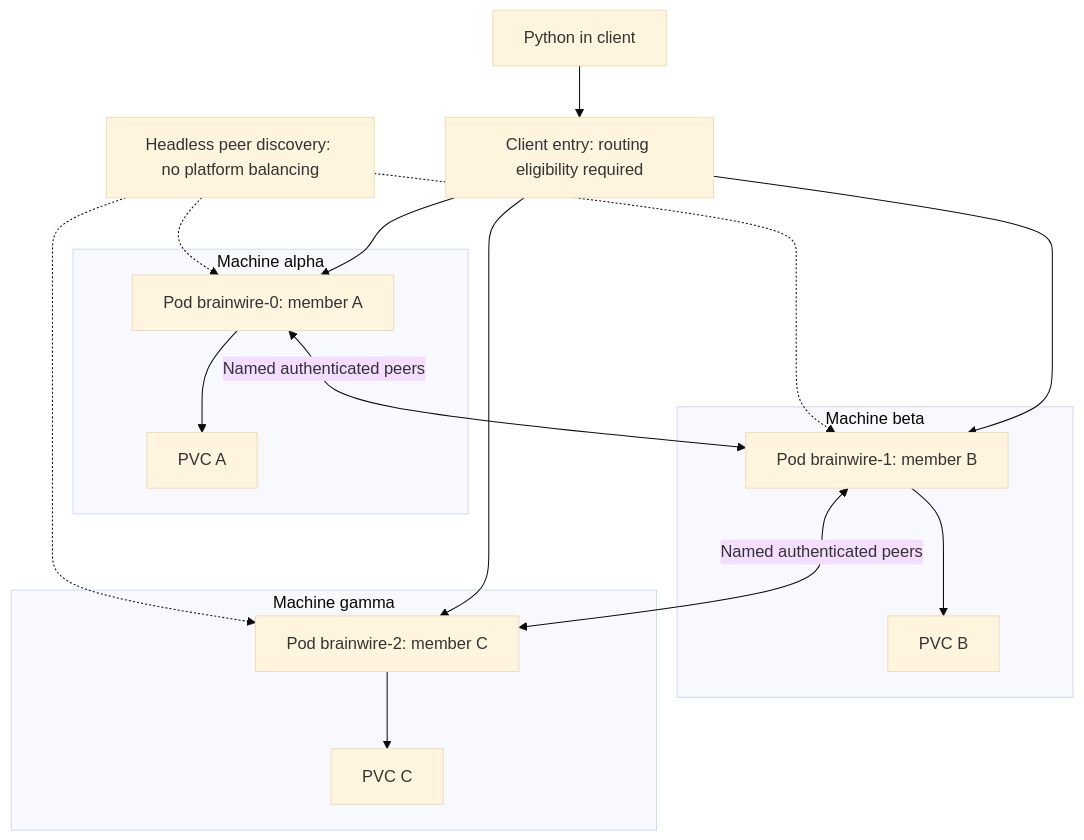
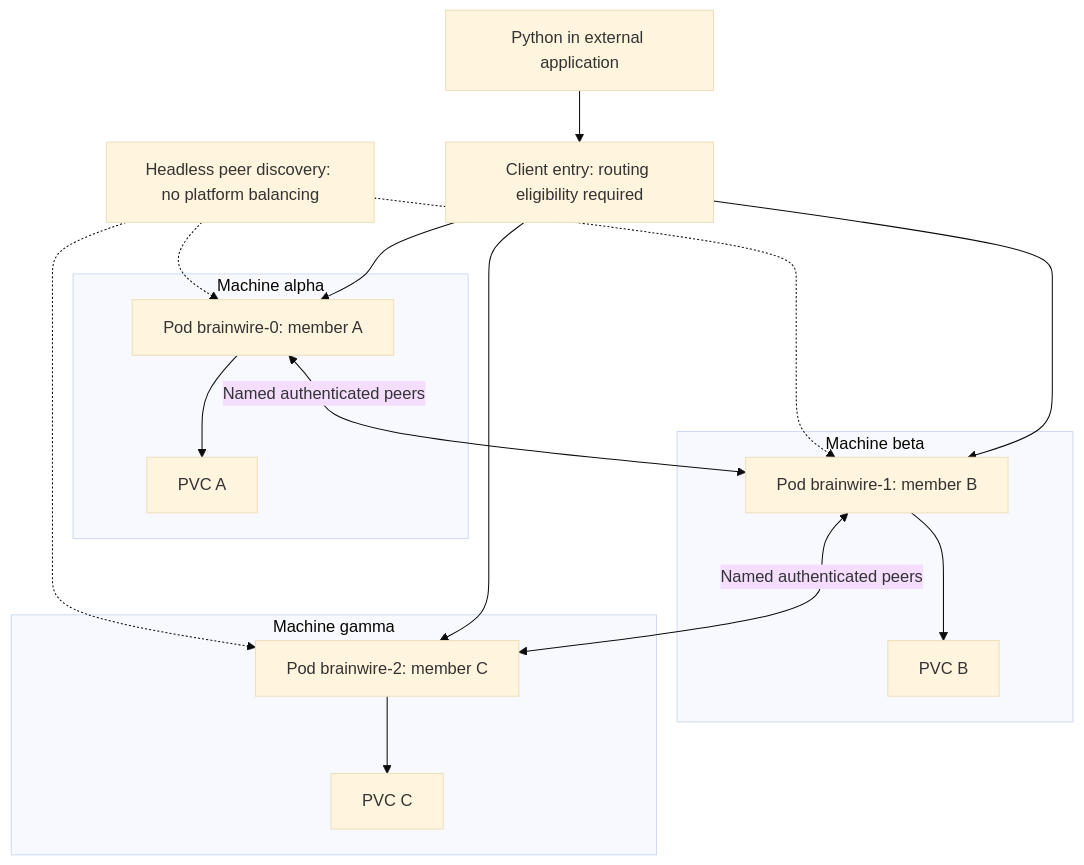
One commit to allandefraga/brainwire changed the second of 3 diagrams in docs/design/2026-10-12-distributed-deployment.md. Above: the diagram before and after it, drawn with Mermaid (base theme). The commit also changed 294 other files, not shown here.

````diff
--- a/docs/design/2026-10-12-distributed-deployment.md
+++ b/docs/design/2026-10-12-distributed-deployment.md
@@ -167,24 +167,24 @@
 ```mermaid
 flowchart TB
-    PY[Python in client] --> CS[Client entry: routing eligibility required]
+    PY[Python in external application] --> CS[Client entry: routing eligibility required]
     HD[Headless peer discovery: no platform balancing] -.-> PA
     HD -.-> PB
     HD -.-> PC
     CS --> PA
     CS --> PB
     CS --> PC
     subgraph HA[Machine alpha]
         PA[Pod brainwire-0: member A]
         PA --> PVA[PVC A]
     end
     subgraph HB[Machine beta]
         PB[Pod brainwire-1: member B]
         PB --> PVB[PVC B]
     end
     subgraph HC[Machine gamma]
         PC[Pod brainwire-2: member C]
         PC --> PVC[PVC C]
     end
     PA <-->|Named authenticated peers| PB
     PB <-->|Named authenticated peers| PC
 ```
````
